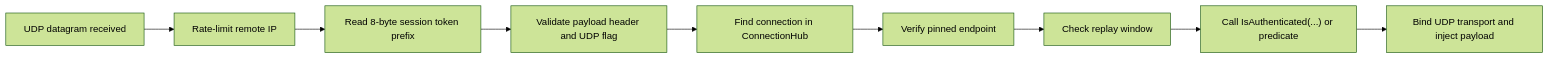
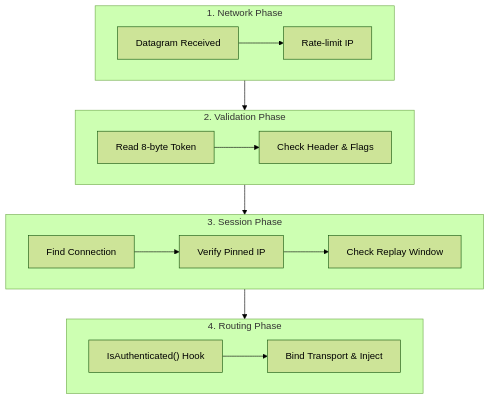
Before and after one commit to ppn-systems/Nalix: the diagram in docs/guides/networking/udp-security.md, drawn with Mermaid (forest theme). The commit also changed 252 other files, not shown here.

````diff
--- a/docs/guides/networking/udp-security.md
+++ b/docs/guides/networking/udp-security.md
@@ -34,11 +34,26 @@
 ```mermaid
-flowchart LR
-    A["UDP datagram received"] --> B["Rate-limit remote IP"]
-    B --> C["Read 8-byte session token prefix"]
-    C --> D["Validate payload header and UDP flag"]
-    D --> E["Find connection in ConnectionHub"]
-    E --> F["Verify pinned endpoint"]
-    F --> G["Check replay window"]
-    G --> H["Call IsAuthenticated(...) or predicate"]
-    H --> I["Bind UDP transport and inject payload"]
+flowchart TD
+    subgraph Net ["1. Network Phase"]
+        direction LR
+        Recv["Datagram Received"] --> Rate["Rate-limit IP"]
+    end
+
+    subgraph Validate ["2. Validation Phase"]
+        direction LR
+        Token["Read 8-byte Token"] --> Header["Check Header & Flags"]
+    end
+
+    subgraph Sess ["3. Session Phase"]
+        direction LR
+        Conn["Find Connection"] --> Pin["Verify Pinned IP"] --> Replay["Check Replay Window"]
+    end
+
+    subgraph Auth ["4. Routing Phase"]
+        direction LR
+        Hook["IsAuthenticated() Hook"] --> Inject["Bind Transport & Inject"]
+    end
+
+    Net --> Validate
+    Validate --> Sess
+    Sess --> Auth
 ```
````
